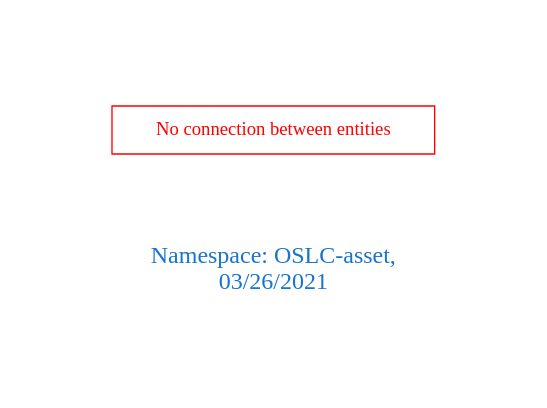
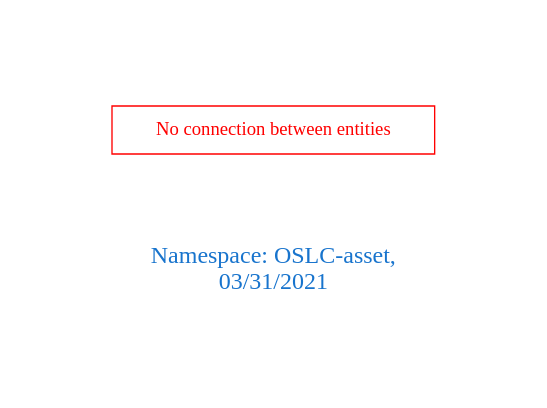
Before and after one commit to arago/OGIT: the diagram in downloads/OSLC-asset.dot, drawn with Graphviz. The commit also changed 1853 other files, not shown here.

```diff
--- a/downloads/OSLC-asset.dot
+++ b/downloads/OSLC-asset.dot
@@ -1,9 +1,9 @@
 digraph OGIT_ontology {
  graph [ rankdir= LR,pad=1 
 fontsize = 18,
-fontcolor= dodgerblue3,label = "\n\n\nNamespace: OSLC-asset, \n 03/26/2021"];
+fontcolor= dodgerblue3,label = "\n\n\nNamespace: OSLC-asset, \n 03/31/2021"];
 node[shape=polygon];
 edge [  color="gray81"];
 
 "No connection between entities" [fontcolor = "red",color="red", shape="polygon"]
 }
```
